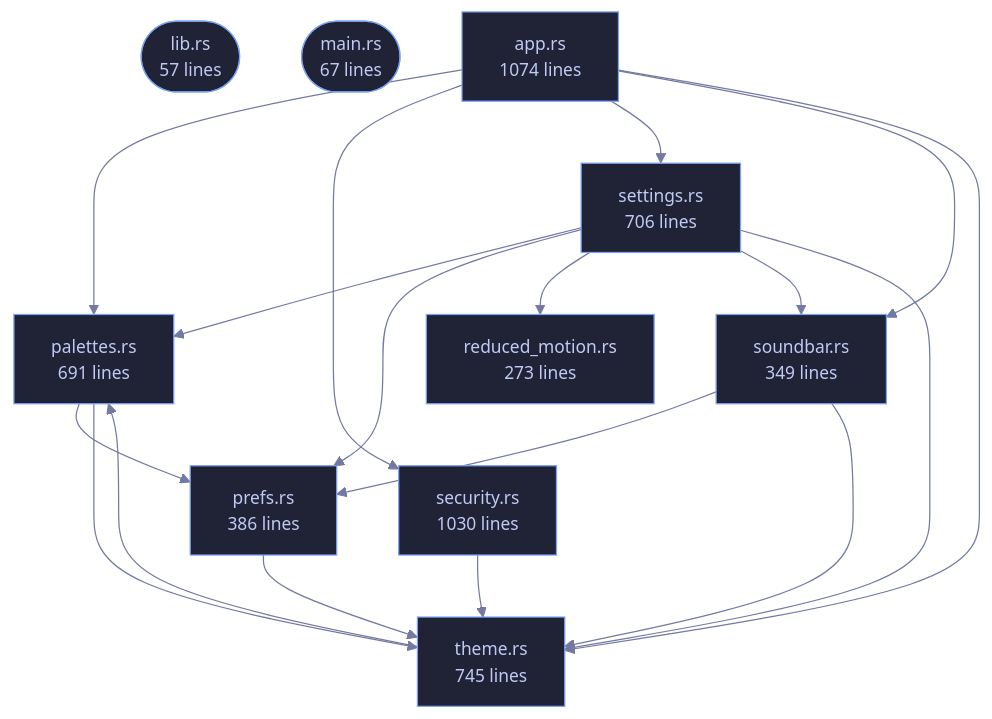
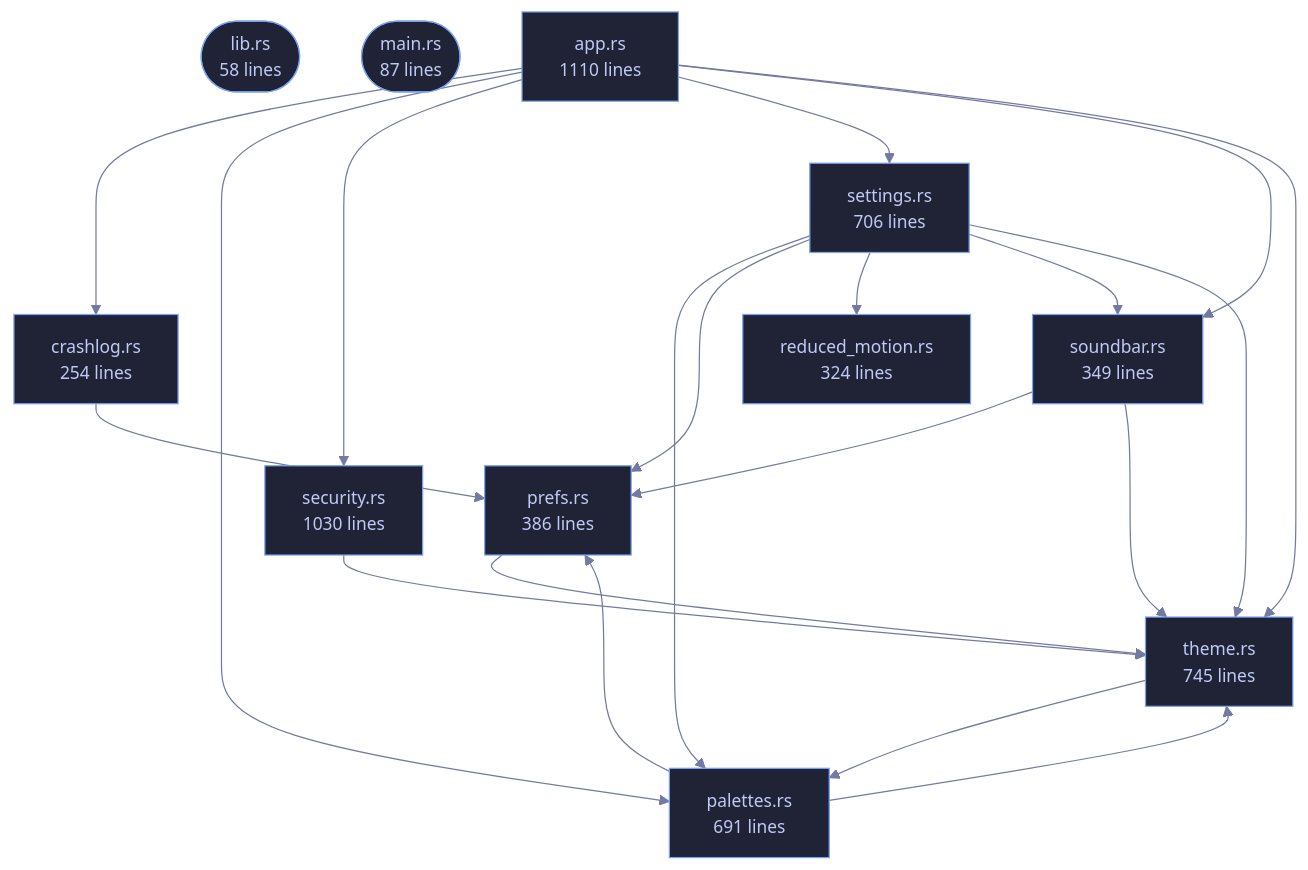
Before and after one commit to tilas01/veilvoice: the diagram in wiki/Crate-veilvoice-gui.md, drawn with Mermaid. The commit also changed other lines of this file and 309 other files, not shown here.

````diff
--- a/wiki/Crate-veilvoice-gui.md
+++ b/wiki/Crate-veilvoice-gui.md
@@ -58,31 +58,34 @@
 ```mermaid
 %%{init: {"theme":"base","themeVariables":{"background":"#1a1b26","primaryColor":"#1f2335","primaryTextColor":"#c0caf5","primaryBorderColor":"#7aa2f7","secondaryColor":"#16161e","tertiaryColor":"#16161e","lineColor":"#737aa2","textColor":"#c0caf5","mainBkg":"#1f2335","nodeBorder":"#7aa2f7","clusterBkg":"#16161e","clusterBorder":"#2f3549","fontFamily":"ui-monospace, SFMono-Regular, Consolas, monospace","fontSize":"14px"}}}%%
 flowchart TD
-    n_lib(["lib.rs<br/>57 lines"])
-    n_main(["main.rs<br/>67 lines"])
-    n_app["app.rs<br/>1074 lines"]
+    n_lib(["lib.rs<br/>58 lines"])
+    n_main(["main.rs<br/>87 lines"])
+    n_app["app.rs<br/>1110 lines"]
+    n_crashlog["crashlog.rs<br/>254 lines"]
     n_palettes["palettes.rs<br/>691 lines"]
     n_prefs["prefs.rs<br/>386 lines"]
-    n_reduced_motion["reduced_motion.rs<br/>273 lines"]
+    n_reduced_motion["reduced_motion.rs<br/>324 lines"]
     n_security["security.rs<br/>1030 lines"]
     n_settings["settings.rs<br/>706 lines"]
     n_soundbar["soundbar.rs<br/>349 lines"]
     n_theme["theme.rs<br/>745 lines"]
+    n_app --> n_crashlog
     n_app --> n_palettes
     n_app --> n_security
     n_app --> n_settings
     n_app --> n_soundbar
     n_app --> n_theme
+    n_crashlog --> n_prefs
     n_palettes --> n_prefs
     n_palettes --> n_theme
     n_prefs --> n_theme
     n_security --> n_theme
     n_settings --> n_palettes
     n_settings --> n_prefs
     n_settings --> n_reduced_motion
     n_settings --> n_soundbar
     n_settings --> n_theme
     n_soundbar --> n_prefs
     n_soundbar --> n_theme
     n_theme --> n_palettes
 ```
````
